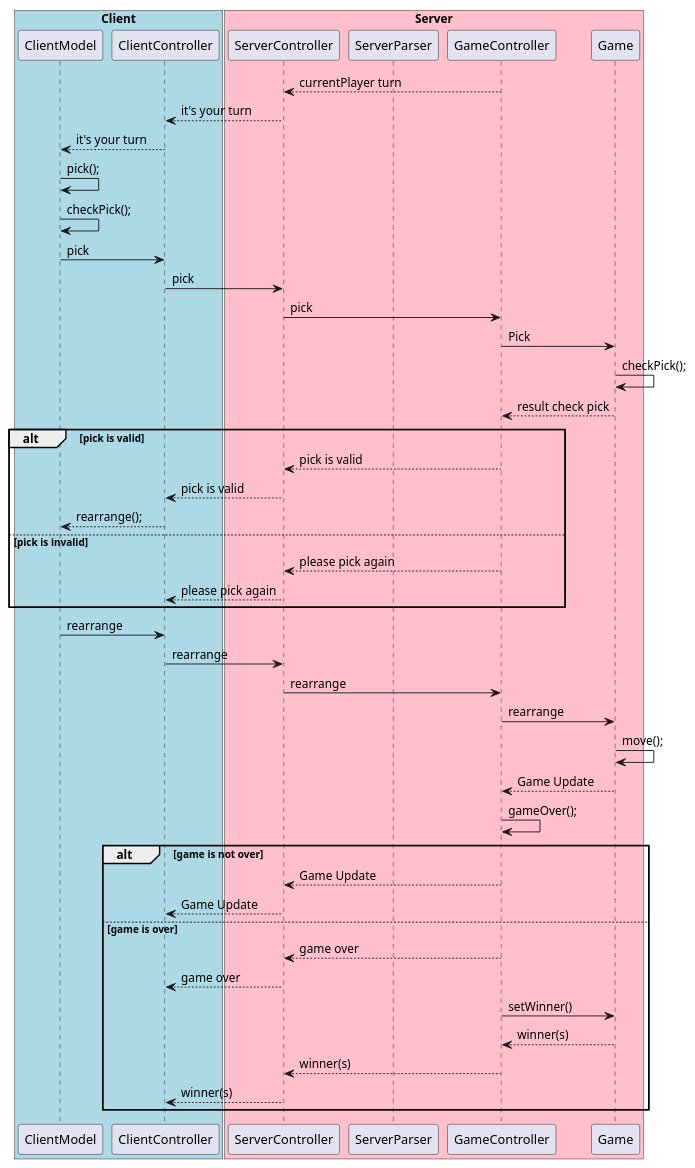
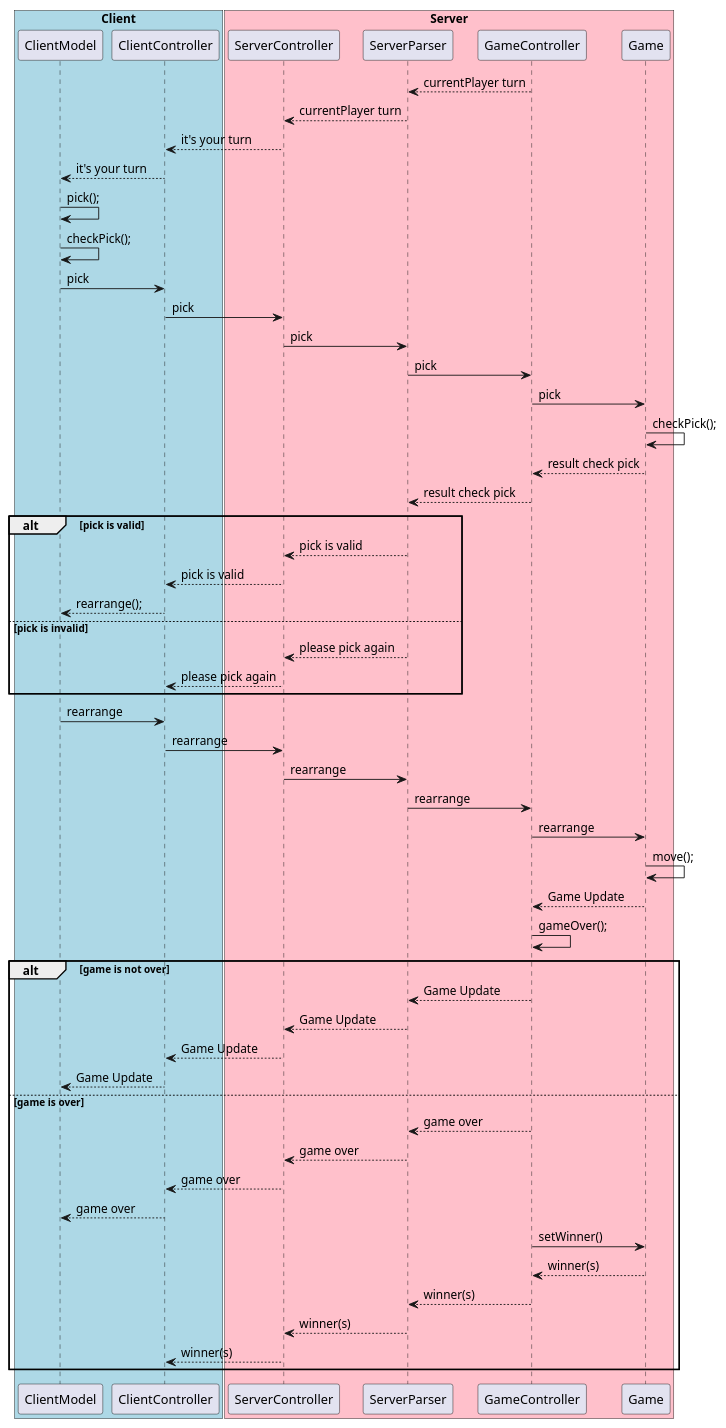
One commit to dltmtt/IS23-AM13 changed the diagram in docs/Sequence Diagram/Turn Phase.puml. Above: the diagram before and after it, drawn with PlantUML. The commit also changed 4 other files, not shown here.

Commit message:
add ServerParser

```diff
--- a/docs/Sequence Diagram/Turn Phase.puml
+++ b/docs/Sequence Diagram/Turn Phase.puml
@@ -1,67 +1,86 @@
 @startuml
 
 
 box "Client" #LightBlue
 participant ClientModel
 participant ClientController
 
 end box
 
 box "Server" #Pink
 participant ServerController
 participant ServerParser
 participant GameController
 participant Game
 end box
 
-ServerController <-- GameController: currentPlayer turn
+ServerParser <-- GameController: currentPlayer turn
+ServerParser --> ServerController: currentPlayer turn
+
 ServerController -->ClientController: it's your turn
 ClientController -->ClientModel: it's your turn
 ClientModel->ClientModel: pick();
 ClientModel->ClientModel: checkPick();
 ClientModel->ClientController: pick
 
 ClientController-> ServerController: pick
-ServerController->GameController: pick
-GameController->Game: Pick
+
+ServerController->ServerParser: pick
+ServerParser->GameController: pick
+GameController->Game: pick
 Game->Game: checkPick();
 Game-->GameController: result check pick
+GameController-->ServerParser: result check pick
+
 alt pick is valid
-GameController-->ServerController: pick is valid
+ServerParser-->ServerController: pick is valid
 ServerController-->ClientController: pick is valid
 ClientModel<--ClientController:rearrange();
 else pick is invalid
-GameController-->ServerController: please pick again
+ServerParser-->ServerController: please pick again
+
 ServerController-->ClientController: please pick again
 end
 ClientModel->ClientController:rearrange
 ClientController->ServerController: rearrange
-ServerController->GameController: rearrange
+ServerController->ServerParser: rearrange
+ServerParser->GameController: rearrange
 GameController->Game: rearrange
 Game->Game: move();
 Game--> GameController: Game Update
+
 GameController->GameController: gameOver();
 
 alt game is not over
 
-GameController-->ServerController: Game Update
+GameController-->ServerParser: Game Update
+
+ServerParser-->ServerController: Game Update
 ServerController-->ClientController: Game Update
+ClientController-->ClientModel: Game Update
+
+
 
 else game is over
-GameController-->ServerController: game over
+GameController-->ServerParser: game over
+ServerParser-->ServerController: game over
 ServerController-->ClientController: game over
+ClientController-->ClientModel: game over
+
+
 GameController->Game: setWinner()
 Game-->GameController: winner(s)
-GameController-->ServerController: winner(s)
+GameController-->ServerParser: winner(s)
+ServerParser--> ServerController: winner(s)
 ServerController-->ClientController: winner(s)
 
 end
 'Client->ServerController: bookshelf points update
 'ServerController->GameController: bookshelf points update
 'GameController->GameController: check points
 
 
 
 
 
 @enduml
```
